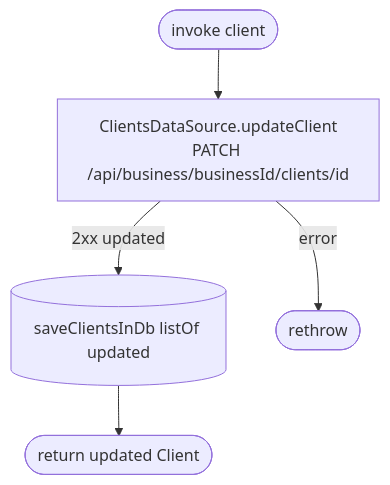
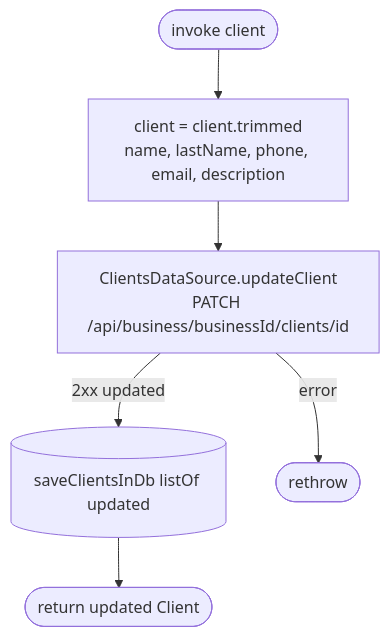
The diagram in docs/operations/clients/edit-client.md (nocturneproperties/bookkme-client), drawn with Mermaid before and after one commit. The commit also changed other lines of this file and 39 other files, not shown here.

````diff
--- a/docs/operations/clients/edit-client.md
+++ b/docs/operations/clients/edit-client.md
@@ -11,7 +11,8 @@
 ```mermaid
 flowchart TD
-    Start([invoke client]) --> Net[ClientsDataSource.updateClient<br/>PATCH /api/business/businessId/clients/id]
+    Start([invoke client]) --> Trim[client = client.trimmed<br/>name, lastName, phone, email, description]
+    Trim --> Net[ClientsDataSource.updateClient<br/>PATCH /api/business/businessId/clients/id]
     Net -- 2xx updated --> Save[(saveClientsInDb listOf updated)]
     Save --> R([return updated Client])
     Net -- error --> EX([rethrow])
 ```
````
